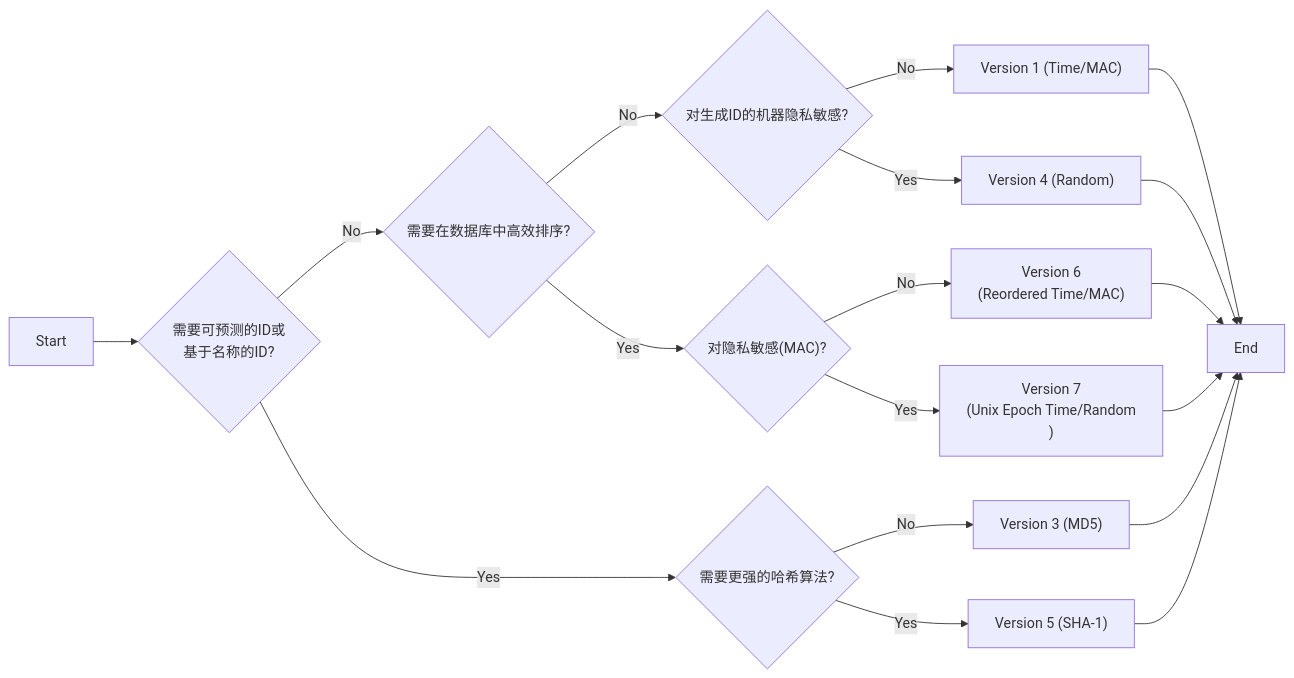
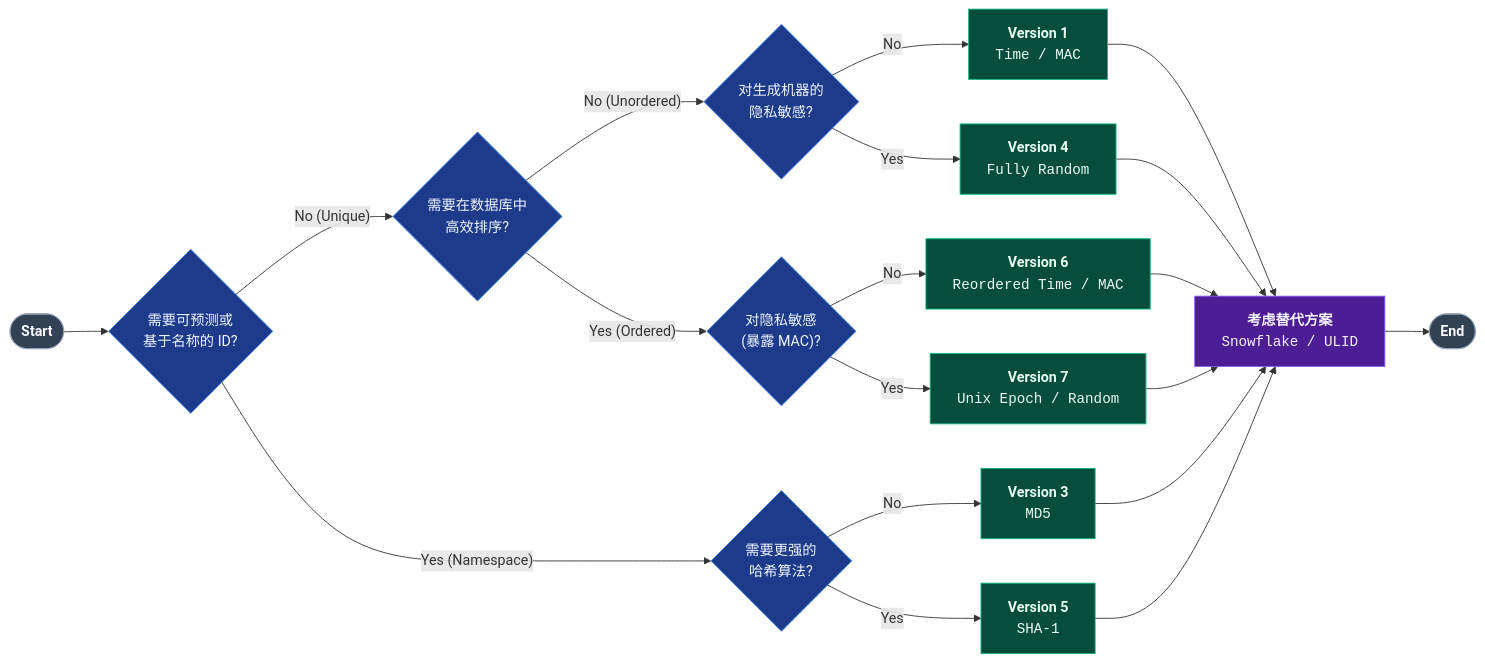
One commit to teatang/t-blog changed the diagram in source/_posts/2024/2024-02-24_UUID (Universally Unique Identifier) 详解.md. Above: the diagram before and after it, drawn with Mermaid. The commit also changed 2 other files, not shown here.

Commit message:
add blog

```diff
--- a/source/_posts/2024/2024-02-24_UUID (Universally Unique Identifier) 详解.md
+++ b/source/_posts/2024/2024-02-24_UUID (Universally Unique Identifier) 详解.md
@@ -172,22 +172,53 @@
 {% mermaid %}
 graph LR
-    A[Start] --> B{需要可预测的ID或<br>基于名称的ID?};
-    B -- Yes --> C{需要更强的哈希算法?};
-    C -- Yes --> V5["Version 5 (SHA-1)"];
-    C -- No --> V3["Version 3 (MD5)"];
-    B -- No --> D{需要在数据库中高效排序?};
-    D -- Yes --> E{"对隐私敏感(MAC)?"};
-    E -- No --> V6["Version 6 <br>(Reordered Time/MAC)"];
-    E -- Yes --> V7["Version 7 <br>(Unix Epoch Time/Random
-    )"];
-    D -- No --> F{对生成ID的机器隐私敏感?};
-    F -- Yes --> V4["Version 4 (Random)"];
-    F -- No --> V1["Version 1 (Time/MAC)"];
-    V1 --> G[考虑替代: 雪花算法/ULID];
-    V4 --> G;
-    V6 --> G;
-    V7 --> G;
-    V3 --> G;
-    V5 --> G;
-    G[End];
+    %% 节点定义
+    A([<b>Start</b>])
+    B{需要可预测或<br/>基于名称的 ID?}
+    
+    C{需要更强的<br/>哈希算法?}
+    V5["<b>Version 5</b><br/><code>SHA-1</code>"]
+    V3["<b>Version 3</b><br/><code>MD5</code>"]
+    
+    D{需要在数据库中<br/>高效排序?}
+    
+    E{"对隐私敏感<br/>(暴露 MAC)?"}
+    V6["<b>Version 6</b><br/><code>Reordered Time / MAC</code>"]
+    V7["<b>Version 7</b><br/><code>Unix Epoch / Random</code>"]
+    
+    F{对生成机器的<br/>隐私敏感?}
+    V4["<b>Version 4</b><br/><code>Fully Random</code>"]
+    V1["<b>Version 1</b><br/><code>Time / MAC</code>"]
+    
+    G[<b>考虑替代方案</b><br/><code>Snowflake / ULID</code>]
+    H([<b>End</b>])
+
+    %% 逻辑连接
+    A --> B
+    B -- "Yes (Namespace)" --> C
+    C -- "Yes" --> V5
+    C -- "No" --> V3
+    
+    B -- "No (Unique)" --> D
+    D -- "Yes (Ordered)" --> E
+    E -- "No" --> V6
+    E -- "Yes" --> V7
+    
+    D -- "No (Unordered)" --> F
+    F -- "Yes" --> V4
+    F -- "No" --> V1
+
+    %% 汇聚到结束
+    V1 & V4 & V6 & V7 & V3 & V5 --> G
+    G --> H
+
+    %% 样式定制 (极客黑暗风格)
+    classDef startEnd fill:#334155,stroke:#94a3b8,color:#f8fafc;
+    classDef decision fill:#1e3a8a,stroke:#3b82f6,color:#eff6ff;
+    classDef version fill:#064e3b,stroke:#10b981,color:#ecfdf5;
+    classDef alt fill:#4c1d95,stroke:#8b5cf6,color:#f5f3ff;
+
+    class A,H startEnd;
+    class B,C,D,E,F decision;
+    class V1,V3,V4,V5,V6,V7 version;
+    class G alt;
 {% endmermaid %}
```
